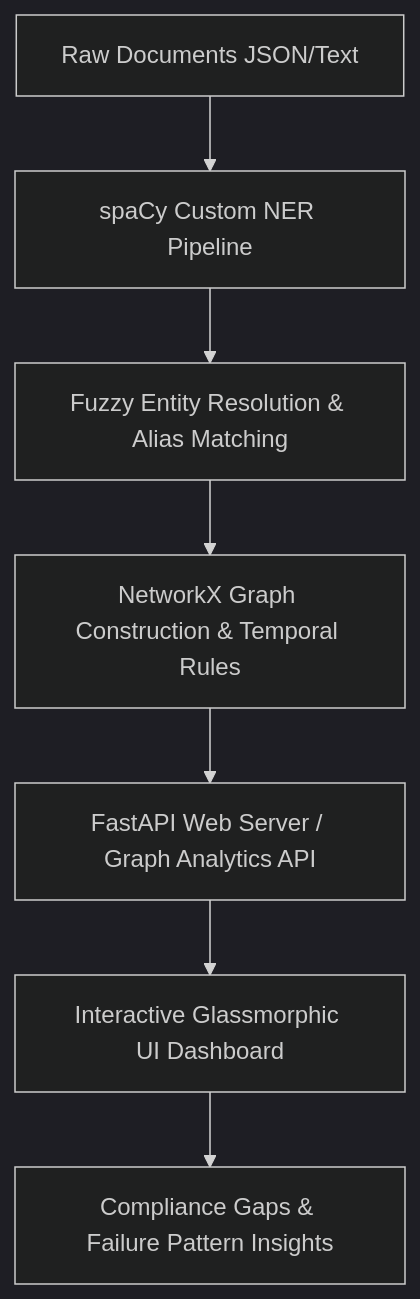
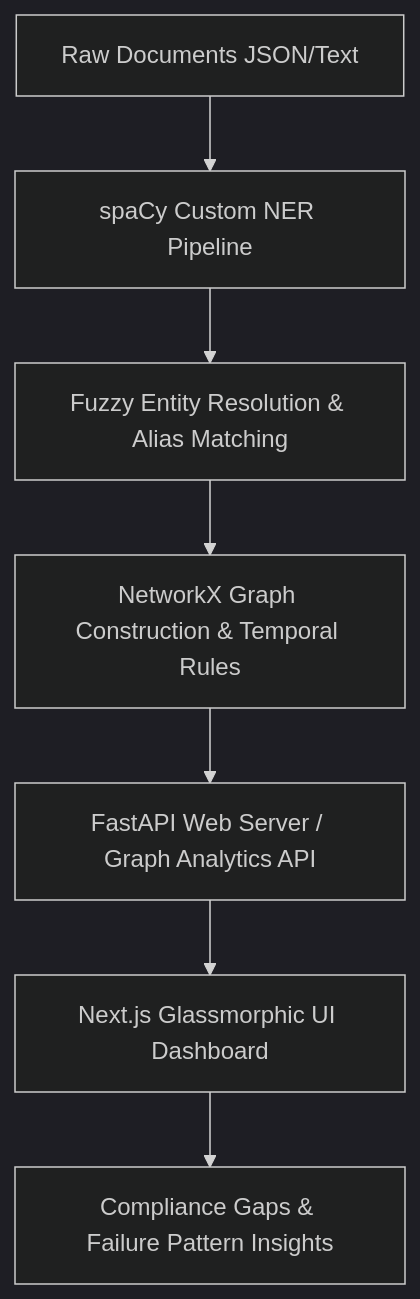
The first of 3 diagrams in architecture/technical_architecture.md (Mukilan-s18/Industrial-Operations-Brain), drawn with Mermaid (dark theme) before and after one commit. The commit also changed 46 other files, not shown here.

````diff
--- a/architecture/technical_architecture.md
+++ b/architecture/technical_architecture.md
@@ -11,9 +11,9 @@
 ```mermaid
 graph TD
     A[Raw Documents JSON/Text] --> B[spaCy Custom NER Pipeline]
     B --> C[Fuzzy Entity Resolution & Alias Matching]
     C --> D[NetworkX Graph Construction & Temporal Rules]
     D --> E[FastAPI Web Server / Graph Analytics API]
-    E --> F[Interactive Glassmorphic UI Dashboard]
+    E --> F[Next.js Glassmorphic UI Dashboard]
     F --> G[Compliance Gaps & Failure Pattern Insights]
 ```
````
